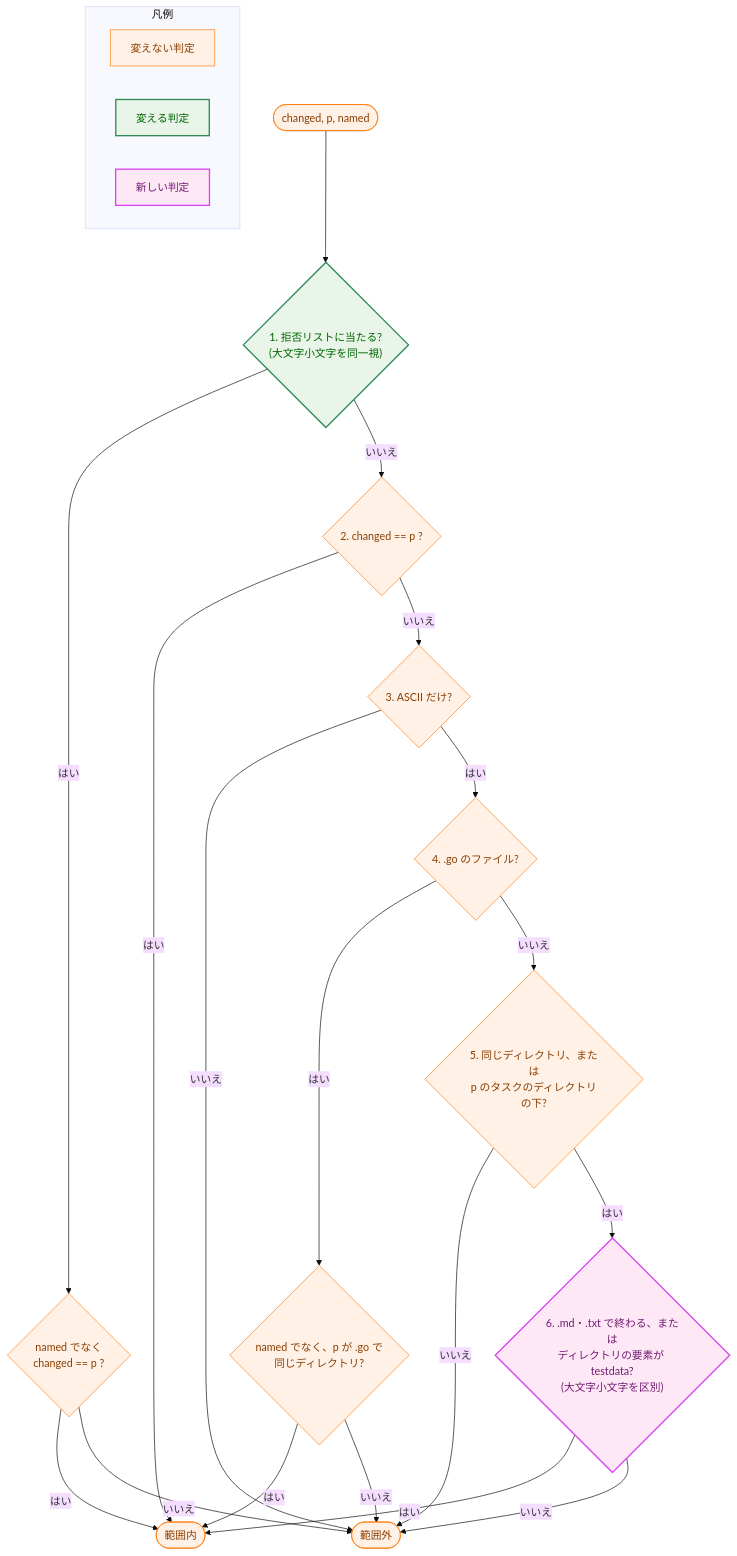
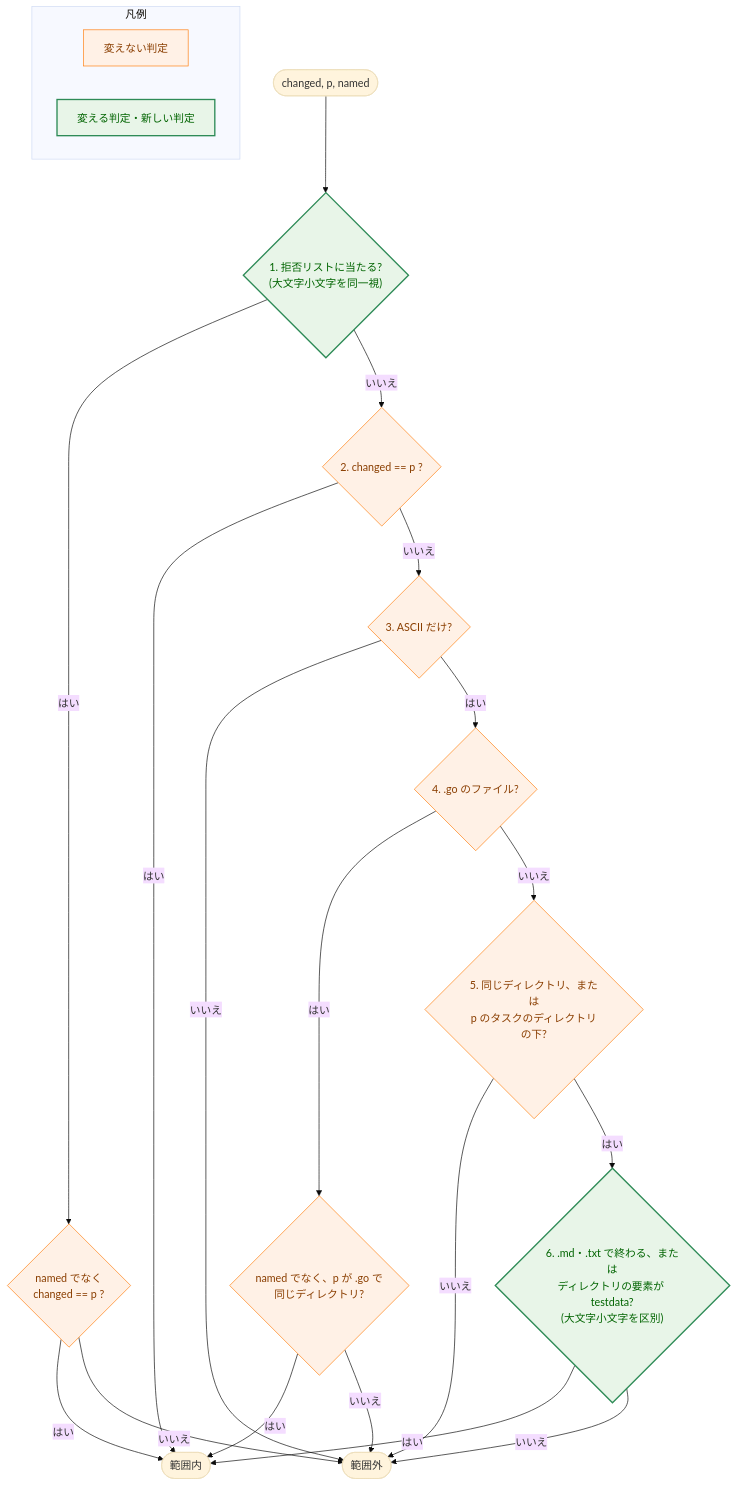
The fifth of 5 diagrams in docs/tasks/0036_fixprguard_exec_file_scope/02_architecture.md (isseis/yt2column), drawn with Mermaid (base theme) before and after one commit. The commit also changed other lines of this file, not shown here.

First line of the commit message:
docs(0036): address the architecture review and Japanese prose findings

````diff
--- a/docs/tasks/0036_fixprguard_exec_file_scope/02_architecture.md
+++ b/docs/tasks/0036_fixprguard_exec_file_scope/02_architecture.md
@@ -529,38 +556,33 @@
 ```mermaid
 flowchart TD
     classDef process fill:#fff1e6,stroke:#ff7f0e,stroke-width:1px,color:#8a3e00;
     classDef enhanced fill:#e8f5e8,stroke:#2e8b57,stroke-width:2px,color:#006400;
-    classDef newpkg fill:#ffe8f5,stroke:#d946ef,stroke-width:2px,color:#701a75;
 
     S(["changed, p, named"]) --> D{"1. 拒否リストに当たる?<br>(大文字小文字を同一視)"}
     D -->|"はい"| D2{"named でなく<br>changed == p ?"}
     D2 -->|"はい"| IN(["範囲内"])
     D2 -->|"いいえ"| OUT(["範囲外"])
     D -->|"いいえ"| E{"2. changed == p ?"}
     E -->|"はい"| IN
     E -->|"いいえ"| A{"3. ASCII だけ?"}
     A -->|"いいえ"| OUT
     A -->|"はい"| G{"4. .go のファイル?"}
     G -->|"はい"| G2{"named でなく、p が .go で<br>同じディレクトリ?"}
     G2 -->|"はい"| IN
     G2 -->|"いいえ"| OUT
     G -->|"いいえ"| LOC{"5. 同じディレクトリ、または<br>p のタスクのディレクトリの下?"}
     LOC -->|"いいえ"| OUT
     LOC -->|"はい"| AL{"6. .md・.txt で終わる、または<br>ディレクトリの要素が testdata?<br>(大文字小文字を区別)"}
     AL -->|"はい"| IN
     AL -->|"いいえ"| OUT
 
-    class S,IN,OUT process
-    class D enhanced
+    class D,AL enhanced
     class E,A,G,G2,D2,LOC process
-    class AL newpkg
 
     subgraph Legend["凡例"]
         LG1["変えない判定"]
-        LG2["変える判定"]
-        LG3["新しい判定"]
+        LG2["変える判定・新しい判定"]
     end
     class LG1 process
     class LG2 enhanced
-    class LG3 newpkg
 ```
````
